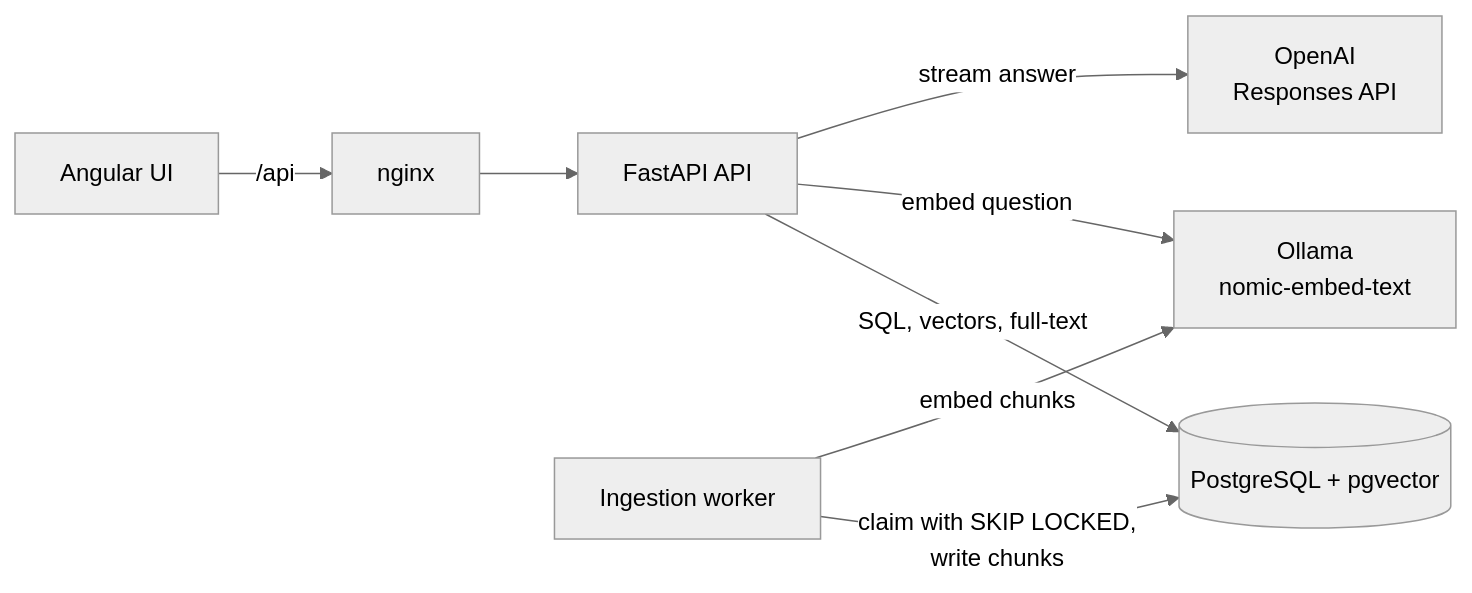
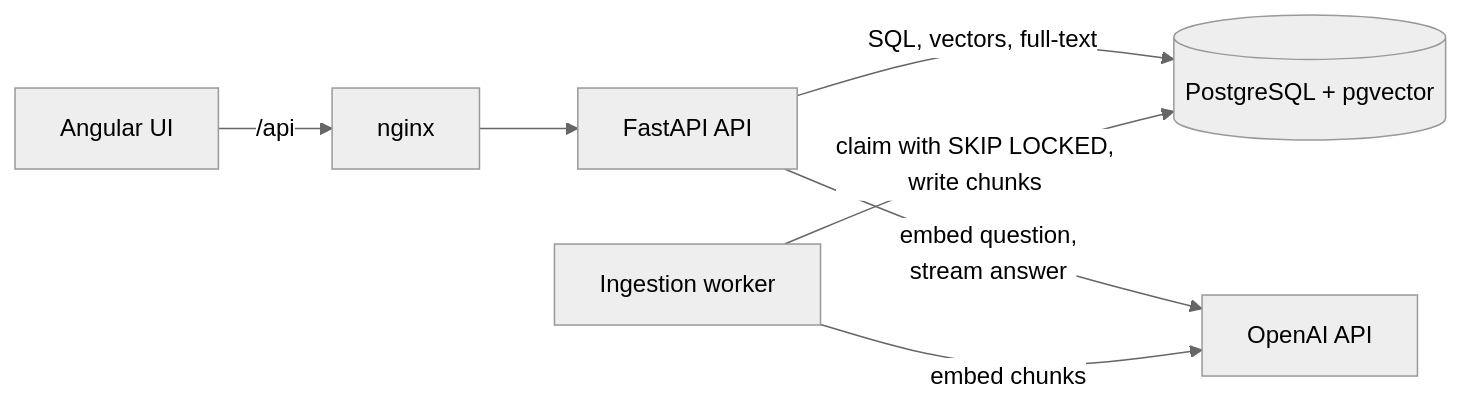
One commit to MadhavRaiTrivedi/docs-qa changed the diagram in README.md. Above: the diagram before and after it, drawn with Mermaid (neutral theme). The commit also changed other lines of this file and 22 other files, not shown here.

First line of the commit message:
feat: embed with OpenAI instead of a local Ollama model

````diff
--- a/README.md
+++ b/README.md
@@ -30,10 +29,9 @@
 ```mermaid
 flowchart LR
     browser[Angular UI] -->|/api| web[nginx]
     web --> api[FastAPI API]
     api -->|SQL, vectors, full-text| pg[(PostgreSQL + pgvector)]
-    api -->|embed question| ollama[Ollama<br/>nomic-embed-text]
-    api -->|stream answer| openai[OpenAI<br/>Responses API]
+    api -->|embed question,<br/>stream answer| openai[OpenAI API]
     worker[Ingestion worker] -->|claim with SKIP LOCKED,<br/>write chunks| pg
-    worker -->|embed chunks| ollama
+    worker -->|embed chunks| openai
 ```
````
